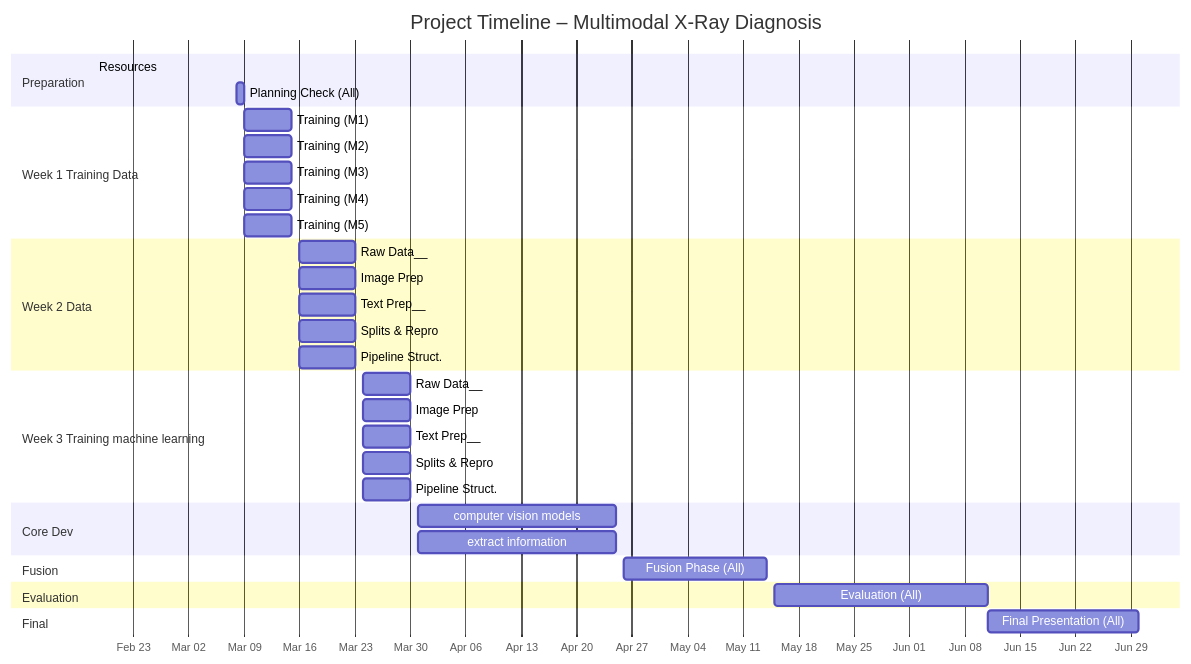
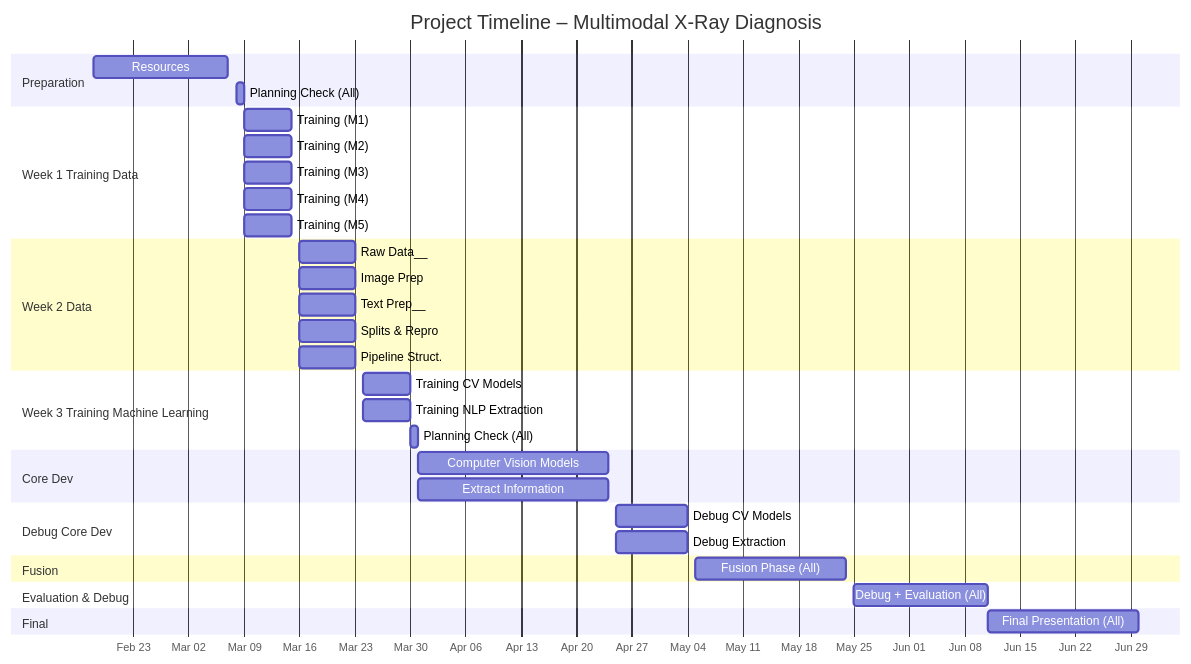
The diagram in planning.md (chaotiquetaurus/Open-i_chestxray_multimodal), drawn with Mermaid before and after one commit. The commit also changed other lines of this file, not shown here.

Commit message:
finalisation du planning

````diff
--- a/planning.md
+++ b/planning.md
@@ -1,46 +1,47 @@
 ```mermaid
-
 
 gantt
     title Project Timeline – Multimodal X‑Ray Diagnosis
     dateFormat  YYYY-MM-DD
     axisFormat  %b %d
 
     section Preparation
-    Resources                 :a1, 2025-02-18, 2025-03-7
+    Resources                 :a1, 2025-02-18, 2025-03-07
     Planning Check (All)      :a2, 2025-03-08, 1d
 
     section Week 1 Training Data
     Training (M1)             :m1a, 2025-03-09, 2025-03-15
     Training (M2)             :m2a, 2025-03-09, 2025-03-15
     Training (M3)             :m3a, 2025-03-09, 2025-03-15
     Training (M4)             :m4a, 2025-03-09, 2025-03-15
     Training (M5)             :m5a, 2025-03-09, 2025-03-15
 
-    section Week 2  Data
-    Raw Data__                  :m1b, 2025-03-16, 2025-03-23
-    Image Prep                :m2b, 2025-03-16, 2025-03-23
-    Text Prep__                   :m3b, 2025-03-16, 2025-03-23
-    Splits & Repro            :m4b, 2025-03-16, 2025-03-23
-    Pipeline Struct.          :m5b, 2025-03-16, 2025-03-23
+    section Week 2 Data
+    Raw Data__                  :m1b_clean, 2025-03-16, 2025-03-23
+    Image Prep                :m2b_clean, 2025-03-16, 2025-03-23
+    Text Prep__                 :m3b_clean, 2025-03-16, 2025-03-23
+    Splits & Repro            :m4b_clean, 2025-03-16, 2025-03-23
+    Pipeline Struct.          :m5b_clean, 2025-03-16, 2025-03-23
 
-    section Week 3 Training machine learning
-    Raw Data__                  :m1b, 2025-03-24, 2025-03-30
-    Image Prep                :m2b, 2025-03-24, 2025-03-30
-    Text Prep__                :m3b, 2025-03-24, 2025-03-30
-    Splits & Repro            :m4b, 2025-03-24, 2025-03-30
-    Pipeline Struct.          :m5b, 2025-03-24, 2025-03-30
+    section Week 3 Training Machine Learning
+    Training CV Models        :m1c_train, 2025-03-24, 2025-03-30
+    Training NLP Extraction   :m2c_train, 2025-03-24, 2025-03-30
+    Planning Check (All)      :a3, 2025-03-30, 1d
 
     section Core Dev
-    computer vision models         :m1c, 2025-03-31, 2025-04-25
-    extract information       :m2c, 2025-03-31, 2025-04-25
+    Computer Vision Models    :m1c_dev, 2025-03-31, 2025-04-24
+    Extract Information       :m2c_dev, 2025-03-31, 2025-04-24
+
+    section Debug Core Dev
+    Debug CV Models           :m1c_debug, 2025-04-25, 2025-05-04
+    Debug Extraction          :m2c_debug, 2025-04-25, 2025-05-04
 
     section Fusion
-    Fusion Phase (All)        :fusion, 2025-04-26, 2025-05-14
+    Fusion Phase (All)        :fusion, 2025-05-05, 2025-05-24
 
-    section Evaluation
-    Evaluation (All)          :eval, 2025-05-15, 2025-06-11
+    section Evaluation & Debug
+    Debug + Evaluation (All)  :eval, 2025-05-25, 2025-06-11
 
     section Final
     Final Presentation (All)  :present, 2025-06-11, 2025-06-30
 ```
````
